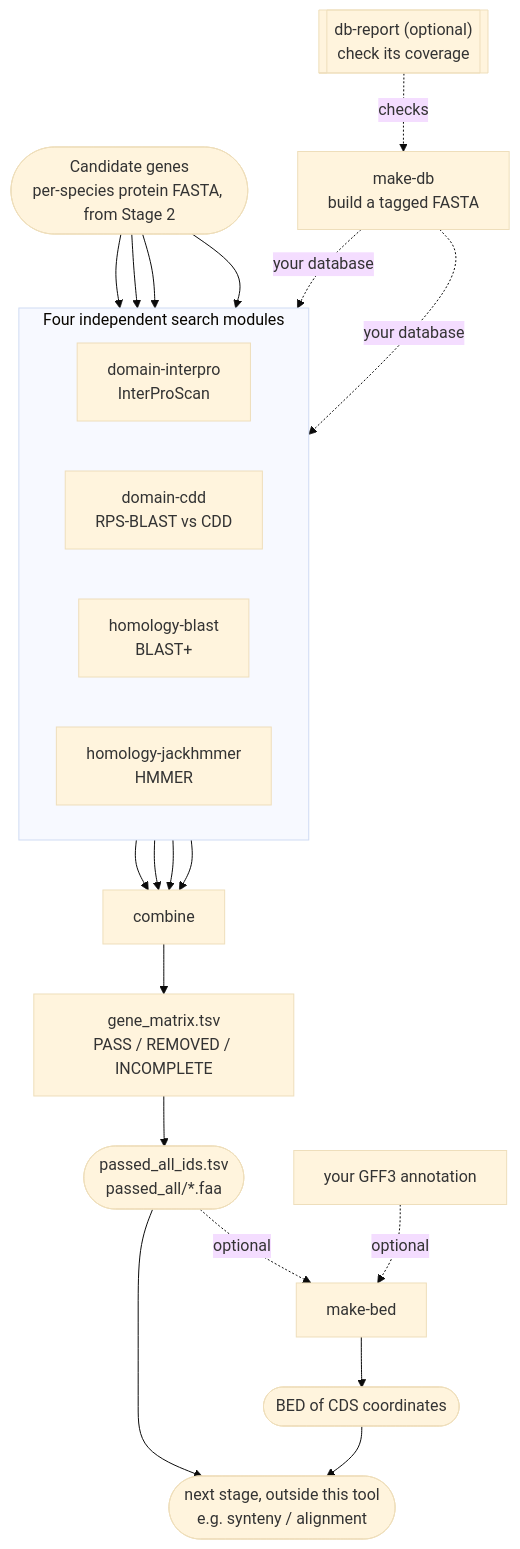
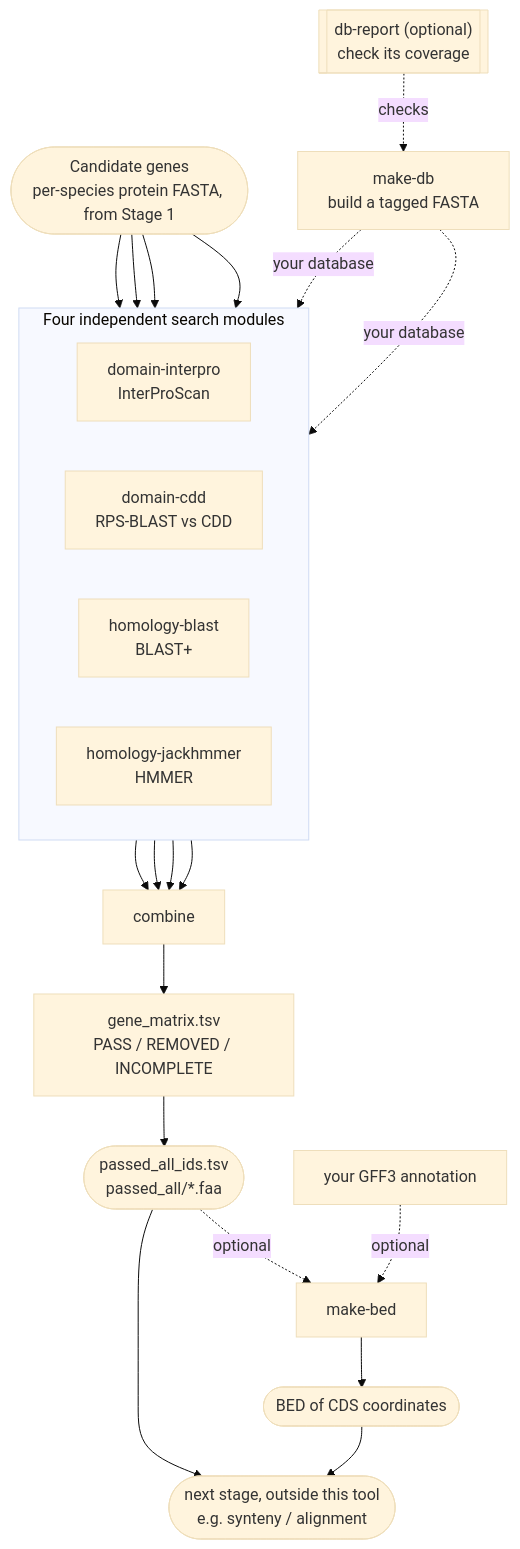
The diagram in 2_homolog_exclusion/README.md (CasolaLab/LINGUA), drawn with Mermaid (base theme) before and after one commit. The commit also changed other lines of this file and 27 other files, not shown here.

````diff
--- a/2_homolog_exclusion/README.md
+++ b/2_homolog_exclusion/README.md
@@ -34,39 +34,39 @@
 ```mermaid
 flowchart TD
     CAND(["Candidate genes
-per-species protein FASTA, from Stage 2"])
+per-species protein FASTA, from Stage 1"])
 
     CAND --> DI & DC & HB & HJ
 
     subgraph SEARCH[" Four independent search modules "]
         direction LR
         DI["domain-interpro
 InterProScan"]
         DC["domain-cdd
 RPS-BLAST vs CDD"]
         HB["homology-blast
 BLAST+"]
         HJ["homology-jackhmmer
 HMMER"]
     end
 
     MDB["make-db
 build a tagged FASTA"] -.->|your database| HB
     MDB -.->|your database| HJ
     DBR[["db-report (optional)
 check its coverage"]] -.->|checks| MDB
 
     DI & DC & HB & HJ --> CMB["combine"]
     CMB --> VERDICT["gene_matrix.tsv
 PASS / REMOVED / INCOMPLETE"]
     VERDICT --> PASS(["passed_all_ids.tsv
 passed_all/*.faa"])
 
     PASS -.->|optional| MB["make-bed"]
     GFF["your GFF3 annotation"] -.->|optional| MB
     MB --> BED(["BED of CDS coordinates"])
 
     PASS --> NEXT(["next stage, outside this tool
 e.g. synteny / alignment"])
     BED --> NEXT
 ```
````
